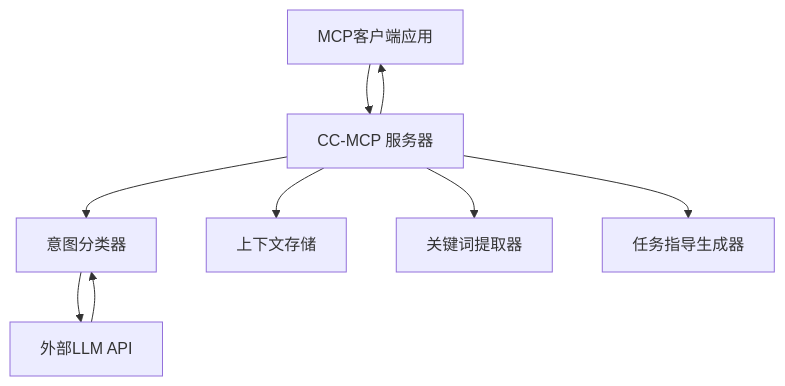
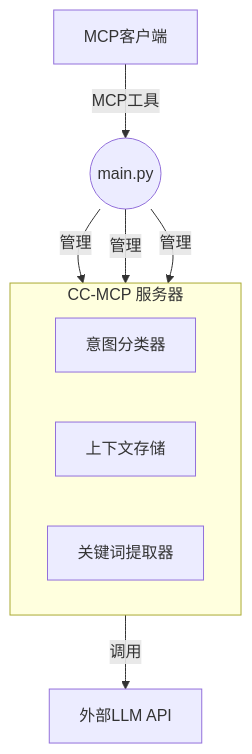
Before and after one commit to Beginnersguide138/cc-mcp: the diagram in README-zh.md, drawn with Mermaid. The commit also changed other lines of this file and 5 other files, not shown here.

````diff
--- a/README-zh.md
+++ b/README-zh.md
@@ -143,11 +143,15 @@
 ```mermaid
 graph TD
-    A[MCP客户端应用] --> B[CC-MCP 服务器]
-    B --> C[意图分类器]
-    B --> D[上下文存储] 
-    B --> E[关键词提取器]
-    B --> F[任务指导生成器]
-    B --> A
-    C --> G[外部LLM API]
-    G --> C
+    subgraph CC-MCP 服务器
+        direction LR
+        C[意图分类器]
+        D[上下文存储]
+        E[关键词提取器]
+    end
+
+    A[MCP客户端] -- MCP工具 --> B((main.py))
+    B -- 管理 --> C
+    B -- 管理 --> D
+    B -- 管理 --> E
+    C -- 调用 --> G[外部LLM API]
 ```
````
